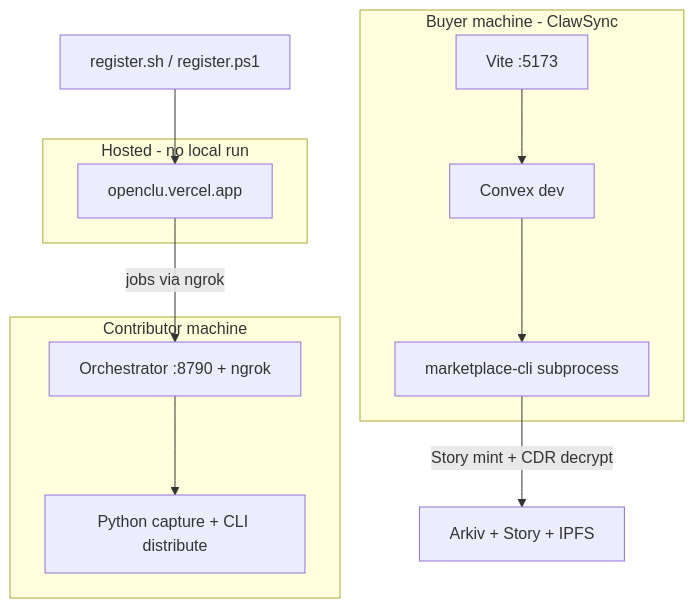
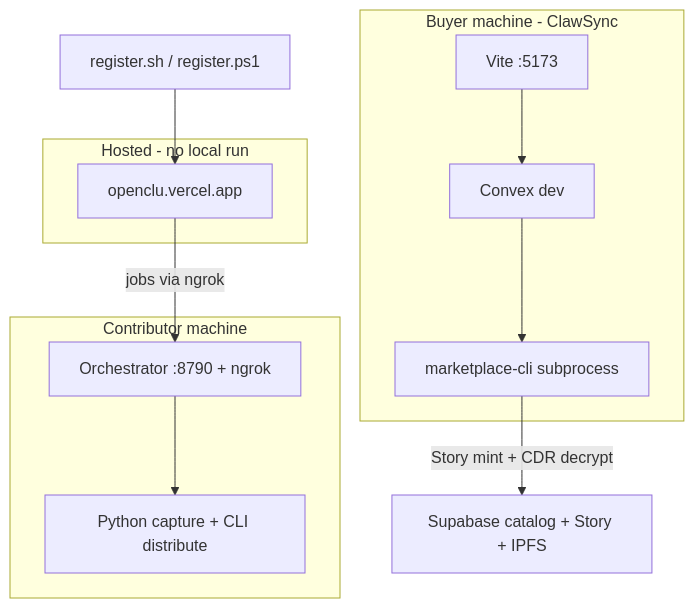
Before and after one commit to Marshal-AM/openclu: the diagram in SETUP.md, drawn with Mermaid. The commit also changed other lines of this file and 70 other files, not shown here.

````diff
--- a/SETUP.md
+++ b/SETUP.md
@@ -48,24 +48,24 @@
 ```mermaid
 flowchart TB
   subgraph contributor [Contributor machine]
     Orch[Orchestrator :8790 + ngrok]
     Cap[Python capture + CLI distribute]
     Orch --> Cap
   end
 
   subgraph hosted [Hosted - no local run]
     FE[openclu.vercel.app]
   end
 
   subgraph buyer [Buyer machine - ClawSync]
     CV[Convex dev]
     Vite[Vite :5173]
     MP[marketplace-cli subprocess]
     CV --> MP
   end
 
   Reg[register.sh / register.ps1] --> FE
   FE -->|jobs via ngrok| Orch
   Vite --> CV
-  MP -->|Story mint + CDR decrypt| Chain[Arkiv + Story + IPFS]
+  MP -->|Story mint + CDR decrypt| Chain[Supabase catalog + Story + IPFS]
 ```
````
